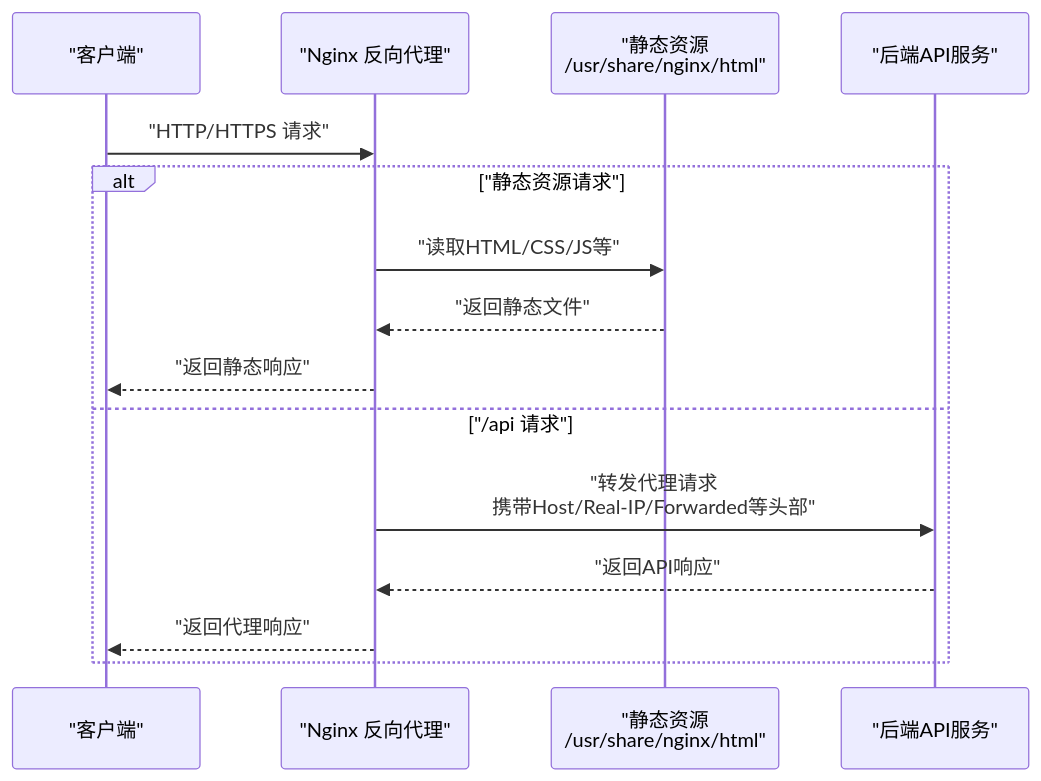
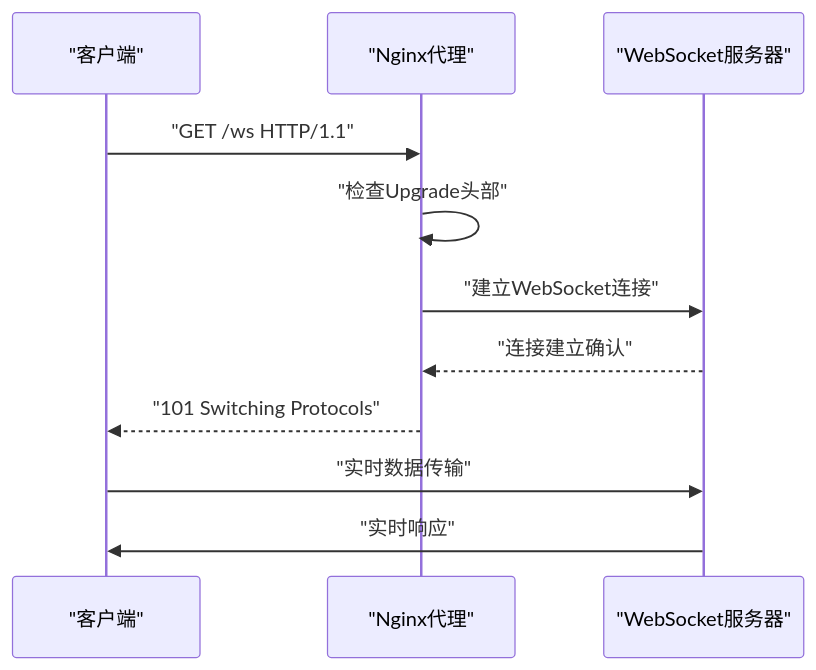
One commit to LRF0422/Kotion changed the third of 4 diagrams in .qoder/repowiki/zh/content/部署配置/Nginx配置.md. Above: the diagram before and after it, drawn with Mermaid. The commit also changed other lines of this file and 75 other files, not shown here.

````diff
--- a/.qoder/repowiki/zh/content/部署配置/Nginx配置.md
+++ b/.qoder/repowiki/zh/content/部署配置/Nginx配置.md
@@ -99,17 +197,13 @@
 ```mermaid
 sequenceDiagram
 participant Client as "客户端"
-participant Nginx as "Nginx 反向代理"
-participant Static as "静态资源<br/>/usr/share/nginx/html"
-participant API as "后端API服务"
-Client->>Nginx : "HTTP/HTTPS 请求"
-alt "静态资源请求"
-Nginx->>Static : "读取HTML/CSS/JS等"
-Static-->>Nginx : "返回静态文件"
-Nginx-->>Client : "返回静态响应"
-else "/api 请求"
-Nginx->>API : "转发代理请求<br/>携带Host/Real-IP/Forwarded等头部"
-API-->>Nginx : "返回API响应"
-Nginx-->>Client : "返回代理响应"
-end
+participant Nginx as "Nginx代理"
+participant WS_Server as "WebSocket服务器"
+Client->>Nginx : "GET /ws HTTP/1.1"
+Nginx->>Nginx : "检查Upgrade头部"
+Nginx->>WS_Server : "建立WebSocket连接"
+WS_Server-->>Nginx : "连接建立确认"
+Nginx-->>Client : "101 Switching Protocols"
+Client->>WS_Server : "实时数据传输"
+WS_Server->>Client : "实时响应"
 ```
````
